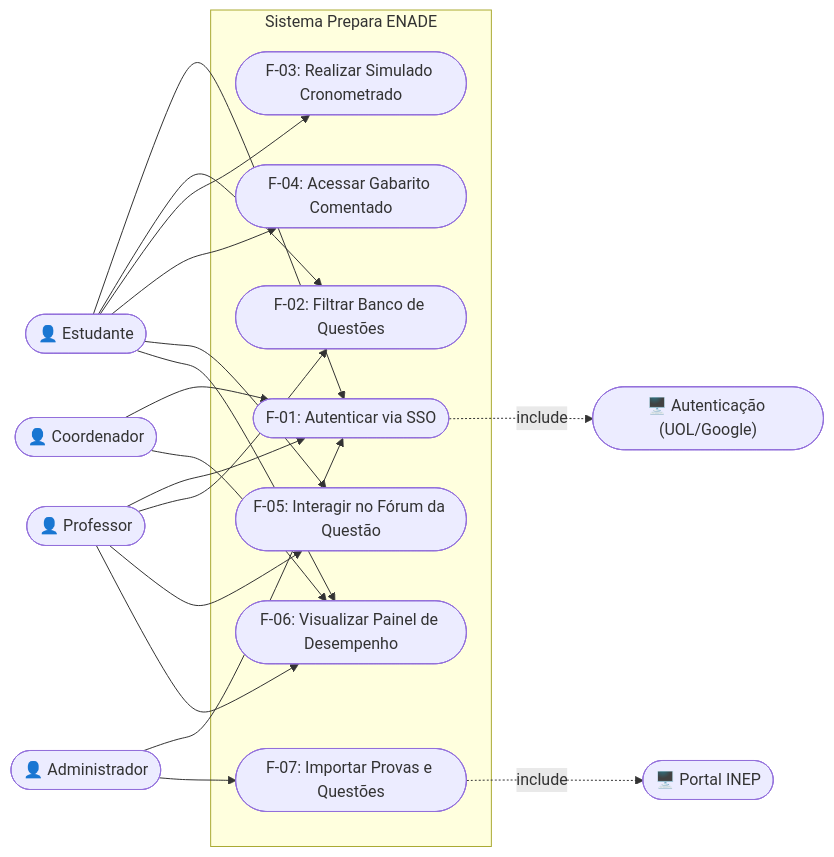
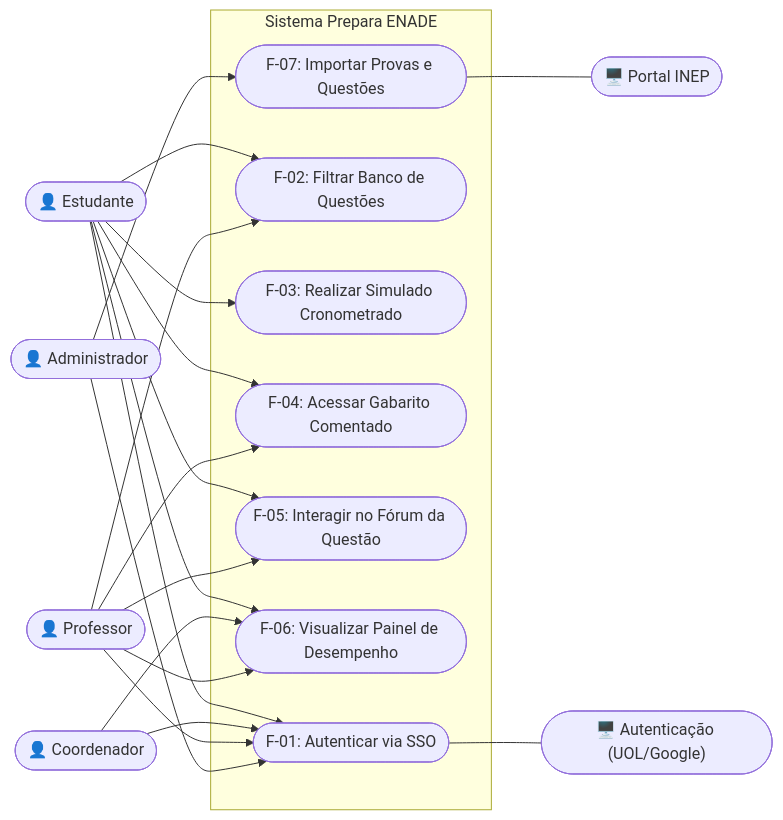
One commit to Petroievysk/requisitos-2026-02-EQUIPE01 changed the first of 4 diagrams in docs/p1/02_diagramas_uml.md. Above: the diagram before and after it, drawn with Mermaid. The commit also changed other lines of this file, not shown here.

Commit message:
Update UML diagrams and user journey documentation

````diff
--- a/docs/p1/02_diagramas_uml.md
+++ b/docs/p1/02_diagramas_uml.md
@@ -11,46 +11,47 @@
 ```mermaid
 flowchart LR
   %% Atores
   EST(["👤 Estudante"])
   COORD(["👤 Coordenador"])
   PROF(["👤 Professor"])
   ADMIN(["👤 Administrador"])
-
+ 
   %% Sistemas Externos
   SSO(["🖥️ Autenticação (UOL/Google)"])
   INEP(["🖥️ Portal INEP"])
-
+ 
   %% Fronteira do Sistema
   subgraph SistemaENADE["Sistema Prepara ENADE"]
     UC1(["F-01: Autenticar via SSO"])
     UC2(["F-02: Filtrar Banco de Questões"])
     UC3(["F-03: Realizar Simulado Cronometrado"])
     UC4(["F-04: Acessar Gabarito Comentado"])
     UC5(["F-05: Interagir no Fórum da Questão"])
     UC6(["F-06: Visualizar Painel de Desempenho"])
     UC7(["F-07: Importar Provas e Questões"])
   end
-
+ 
   %% Relacionamentos Estudante
   EST --> UC1
   EST --> UC2
   EST --> UC3
   EST --> UC4
   EST --> UC5
   EST --> UC6
-
+ 
   %% Relacionamentos Coordenador e Professor
   COORD --> UC1
   COORD --> UC6
   PROF --> UC1
   PROF --> UC2
+  PROF --> UC4
   PROF --> UC5
   PROF --> UC6
-
+ 
   %% Relacionamentos Administrador e Externos
   ADMIN --> UC1
   ADMIN --> UC7
-
-  UC1 -. include .-> SSO
-  UC7 -. include .-> INEP
+ 
+  UC1 --- SSO
+  UC7 --- INEP
 ```
````
